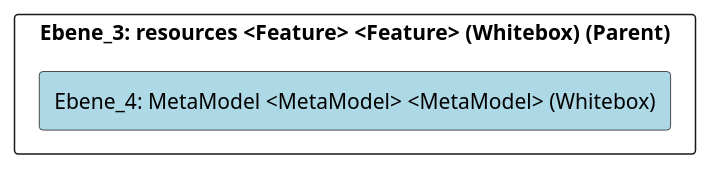
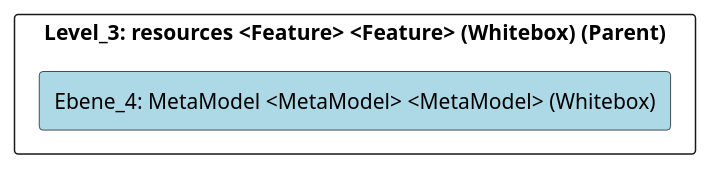
Before and after one commit to marcozwyssig/cleon: the diagram in doc/cleonproject_deliverables_architecture_model_architecture/adoc/de/05_bausteinsicht/cleon/common/resources/metamodel/ebene_4_metamodel.adoc, drawn with PlantUML. The commit also changed other lines of this file and 169 other files, not shown here.

```diff
--- a/doc/cleonproject_deliverables_architecture_model_architecture/adoc/de/05_bausteinsicht/cleon/common/resources/metamodel/ebene_4_metamodel.adoc
+++ b/doc/cleonproject_deliverables_architecture_model_architecture/adoc/de/05_bausteinsicht/cleon/common/resources/metamodel/ebene_4_metamodel.adoc
@@ -20,24 +20,24 @@
 [plantuml, Ebene_4: MetaModel <MetaModel> <MetaModel> (Whitebox)BlockOverview, format="svg"]
 ----
 @startuml Ebene_4: MetaModel <MetaModel> <MetaModel> (Whitebox)BuildingBlockOverview
 
 skinparam ranksep 10
 skinparam componentStyle rectangle
 skinparam shadowing false
 skinparam arrowColor lightblue
 skinparam arrowThickness 1.2
 skinparam rectangle {
   BackgroundColor White
   BorderColor #333
   RoundCorner 10
 }
 top to bottom direction
 
-component "Ebene_3: resources <Feature> <Feature> (Whitebox) (Parent)" {
+component "Level_3: resources <Feature> <Feature> (Whitebox) (Parent)" {
     component "Ebene_4: MetaModel <MetaModel> <MetaModel> (Whitebox)" #lightblue {
     }
 
 }
 
 @enduml
 ----
```
